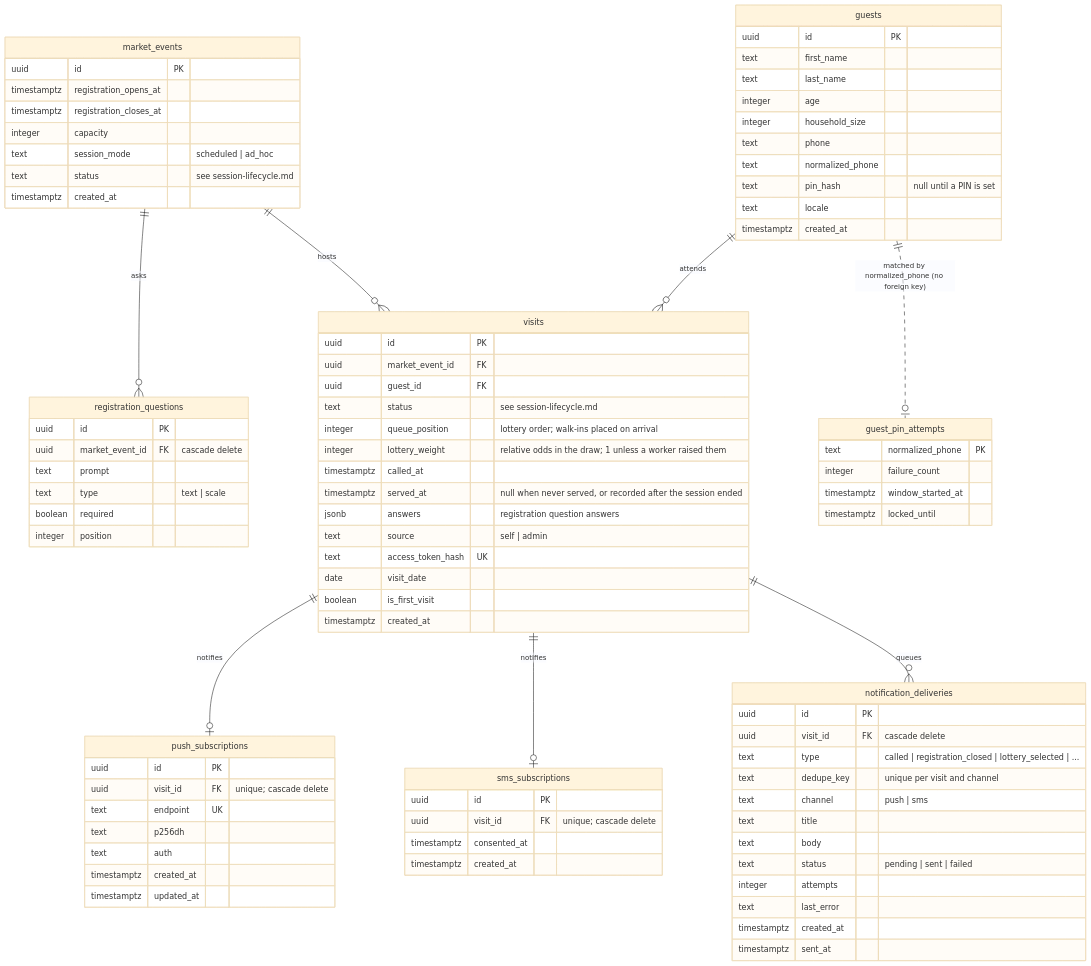
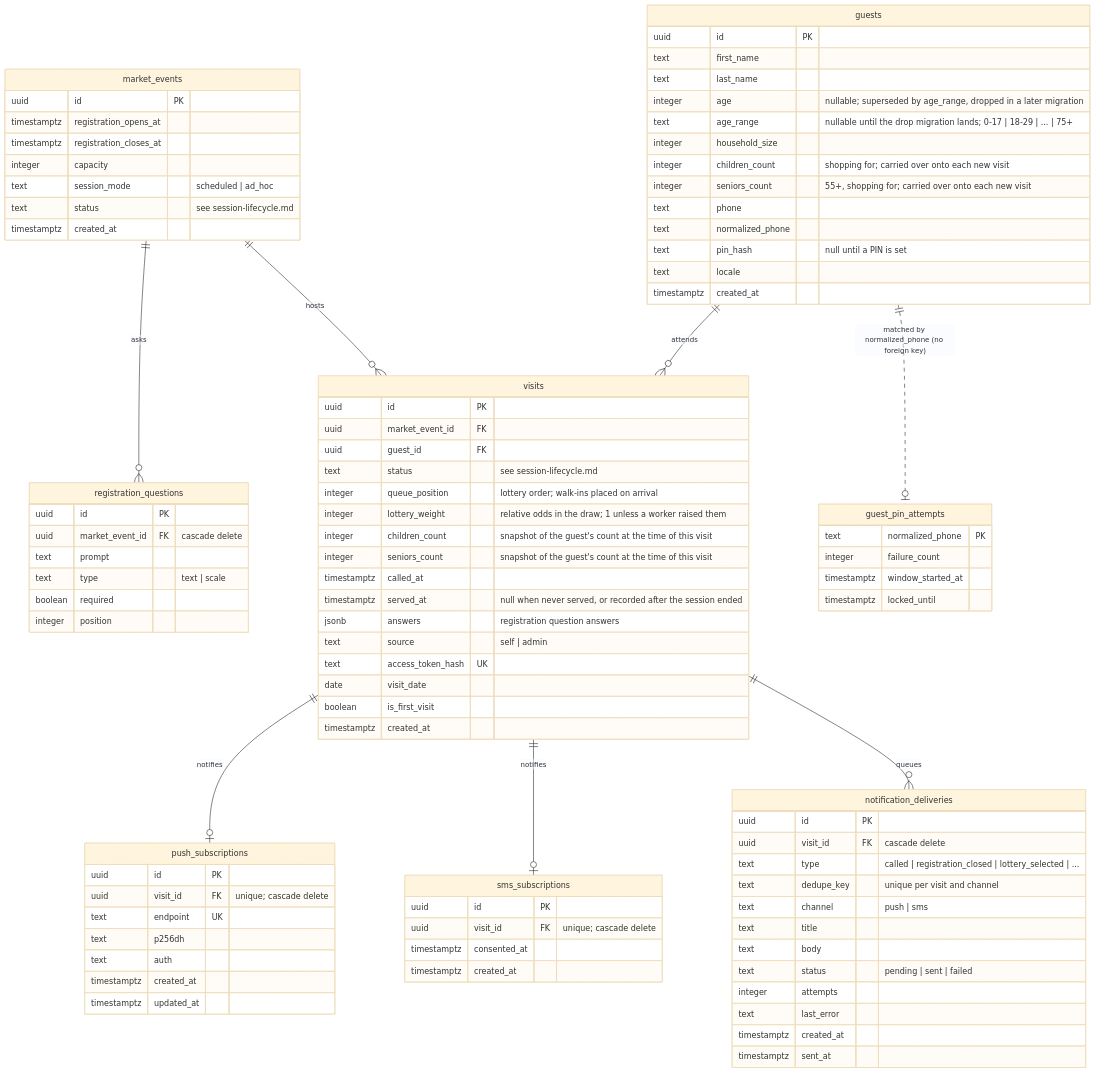
Before and after one commit to bay-compassion/food-market-app: the diagram in docs/data-model.md, drawn with Mermaid (base theme). The commit also changed other lines of this file and 24 other files, not shown here.

```diff
--- a/docs/data-model.md
+++ b/docs/data-model.md
@@ -46,8 +46,11 @@
         uuid id PK
         text first_name
         text last_name
-        integer age
+        integer age "nullable; superseded by age_range, dropped in a later migration"
+        text age_range "nullable until the drop migration lands; 0-17 | 18-29 | ... | 75+"
         integer household_size
+        integer children_count "shopping for; carried over onto each new visit"
+        integer seniors_count "55+, shopping for; carried over onto each new visit"
         text phone
         text normalized_phone
         text pin_hash "null until a PIN is set"
@@ -62,6 +65,8 @@
         text status "see session-lifecycle.md"
         integer queue_position "lottery order; walk-ins placed on arrival"
         integer lottery_weight "relative odds in the draw; 1 unless a worker raised them"
+        integer children_count "snapshot of the guest's count at the time of this visit"
+        integer seniors_count "snapshot of the guest's count at the time of this visit"
         timestamptz called_at
         timestamptz served_at "null when never served, or recorded after the session ended"
         jsonb answers "registration question answers"
```
